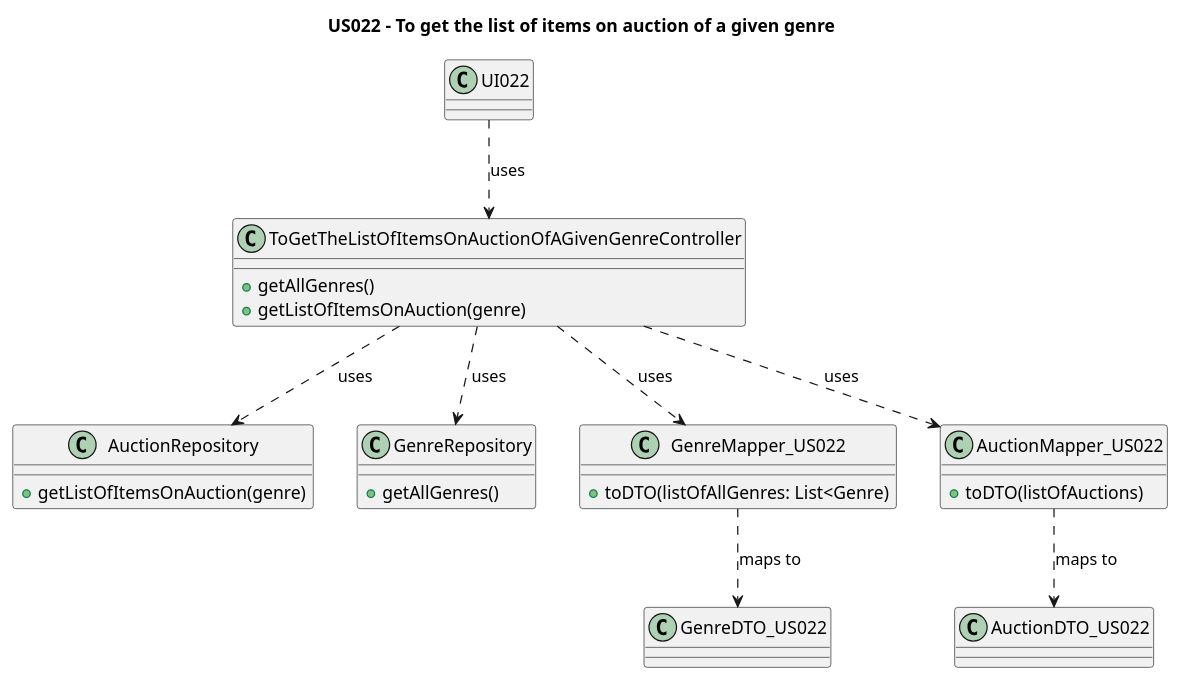
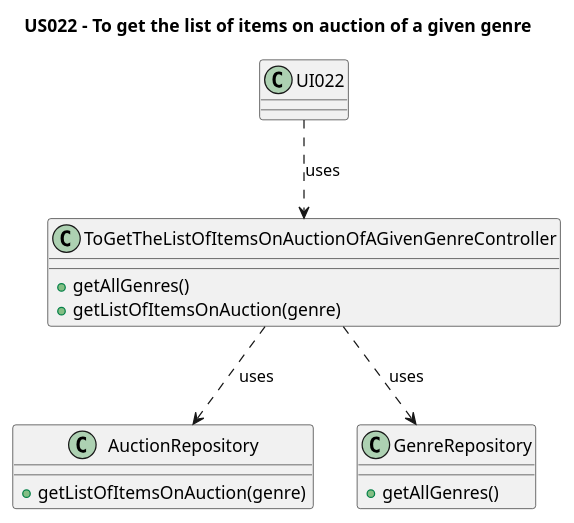
Before and after one commit to AndrePereiraGitH/SWitCH-Project-Team_A: the diagram in Diagrams/ClassDiagrams/US022-to-get-the-list-of-items-on-auction-of-a-given-genre.puml, drawn with PlantUML. The commit also changed 1 other file, not shown here.

Commit message:
Updated class diagrams to US021 nad US022 to presentation

```diff
--- a/Diagrams/ClassDiagrams/US022-to-get-the-list-of-items-on-auction-of-a-given-genre.puml
+++ b/Diagrams/ClassDiagrams/US022-to-get-the-list-of-items-on-auction-of-a-given-genre.puml
@@ -1,60 +1,68 @@
 @startuml
 title US022 - To get the list of items on auction of a given genre
 
 class UI022 {
 
 }
 
 class ToGetTheListOfItemsOnAuctionOfAGivenGenreController {
   +getAllGenres()
   +getListOfItemsOnAuction(genre)
 }
 
 class AuctionRepository {
   +getListOfItemsOnAuction(genre)
 }
 
 /'
 class Auction {
   - listing: Listing
     +getDetails()
 }
 '/
 
 class GenreRepository {
   +getAllGenres()
 }
 
-class GenreDTO_US022 {
-}
+'tirei
+'class GenreDTO_US022 {}
 
-class GenreMapper_US022 {
-   +toDTO(listOfAllGenres: List<Genre)
-}
+'tirei
+'class GenreMapper_US022 {
+   '+toDTO(listOfAllGenres: List<Genre)}
 
-class AuctionMapper_US022 {
-  +toDTO(listOfAuctions)
-}
+'tirei
+'class AuctionMapper_US022 {
+  '+toDTO(listOfAuctions)}
 
-
-class AuctionDTO_US022 {
-}
+'tirei
+'class AuctionDTO_US022 {}
 
 
 ' --- Interactions ---
 
 UI022 ..> ToGetTheListOfItemsOnAuctionOfAGivenGenreController : uses
 ToGetTheListOfItemsOnAuctionOfAGivenGenreController ..> AuctionRepository : uses
 ToGetTheListOfItemsOnAuctionOfAGivenGenreController ..> GenreRepository : uses
 'GenreRepository ..> GenreDTO_US022 : maps to
-ToGetTheListOfItemsOnAuctionOfAGivenGenreController ..> AuctionMapper_US022 : uses
-AuctionMapper_US022 ..> AuctionDTO_US022 : maps to
+
+'tirei
+'ToGetTheListOfItemsOnAuctionOfAGivenGenreController ..> AuctionMapper_US022 : uses
+'AuctionMapper_US022 ..> AuctionDTO_US022 : maps to
+
+
 'AuctionMapper_US022 ..> Auction : uses
 'AuctionRepository "1" --> "*" Auction : contains
-ToGetTheListOfItemsOnAuctionOfAGivenGenreController ..> GenreMapper_US022 : uses
-GenreMapper_US022 ..> GenreDTO_US022 : maps to
+
+'tirei
+'ToGetTheListOfItemsOnAuctionOfAGivenGenreController ..> GenreMapper_US022 : uses
+
+
+'tirei
+'GenreMapper_US022 ..> GenreDTO_US022 : maps to
 
 
 
 
 @enduml
```
